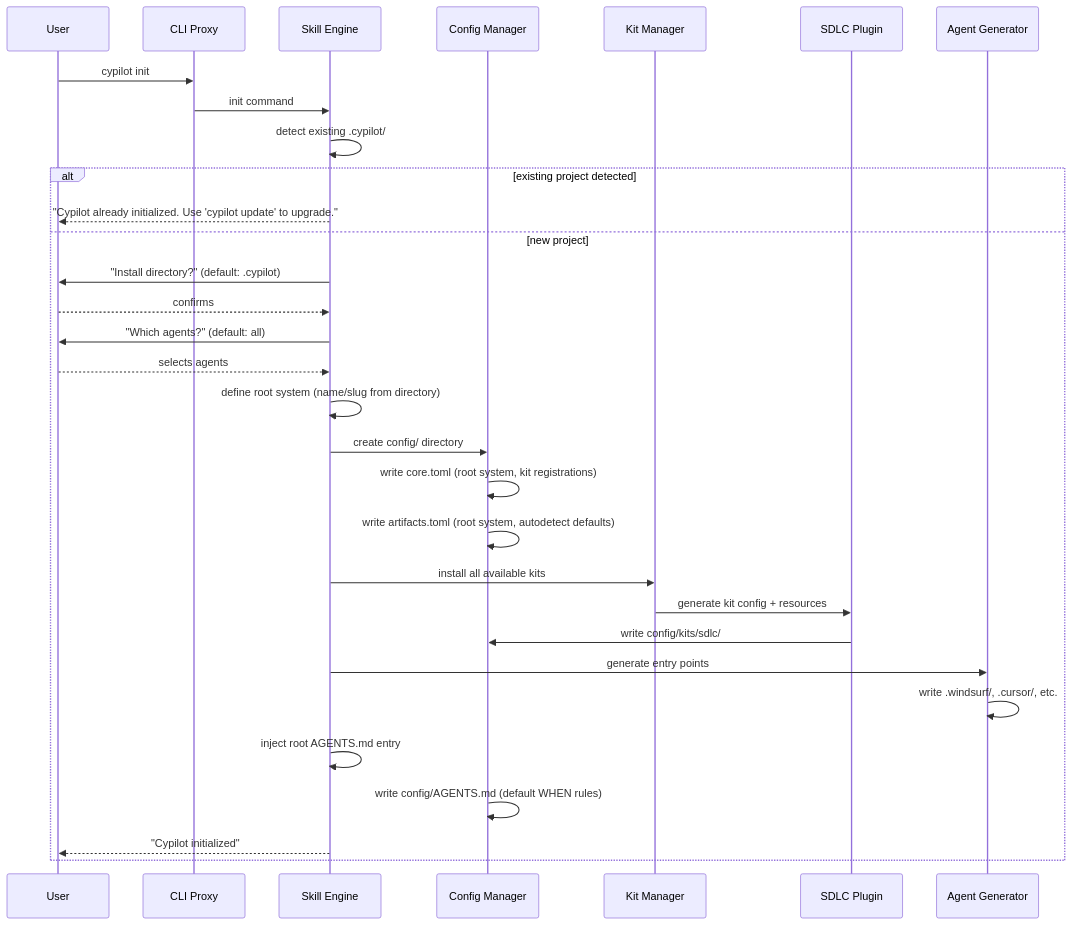
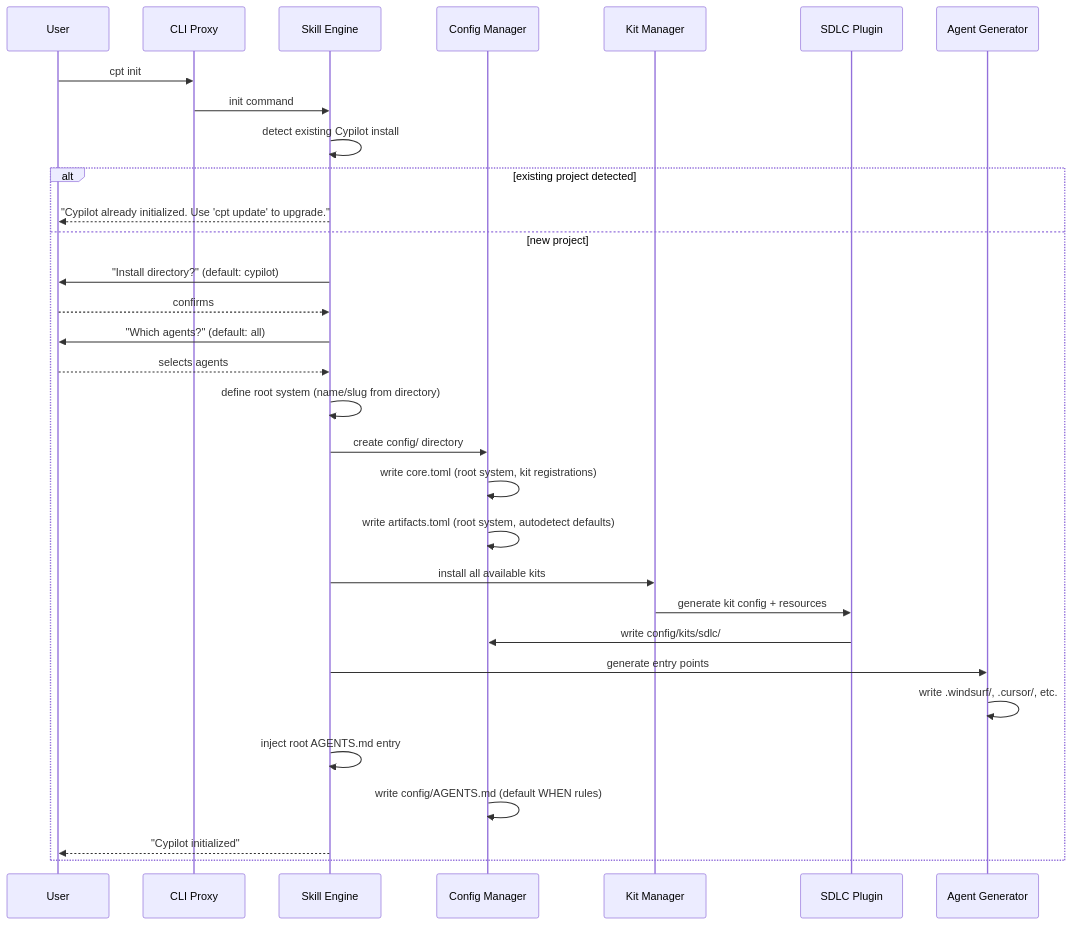
The second of 7 diagrams in .cypilot/.core/architecture/DESIGN.md (ainetx/hyperspot), drawn with Mermaid before and after one commit. The commit also changed other lines of this file and 108 other files, not shown here.

First line of the commit message:
chore: update agent entry points and expand cypilot skill descriptions

````diff
--- a/.cypilot/.core/architecture/DESIGN.md
+++ b/.cypilot/.core/architecture/DESIGN.md
@@ -929,26 +931,26 @@
 ```mermaid
 sequenceDiagram
-    User->>CLI Proxy: cypilot init
+    User->>CLI Proxy: cpt init
     CLI Proxy->>Skill Engine: init command
-    Skill Engine->>Skill Engine: detect existing .cypilot/
+    Skill Engine->>Skill Engine: detect existing Cypilot install
     alt existing project detected
-        Skill Engine-->>User: "Cypilot already initialized. Use 'cypilot update' to upgrade."
+        Skill Engine-->>User: "Cypilot already initialized. Use 'cpt update' to upgrade."
     else new project
-        Skill Engine->>User: "Install directory?" (default: .cypilot)
+        Skill Engine->>User: "Install directory?" (default: cypilot)
         User-->>Skill Engine: confirms
         Skill Engine->>User: "Which agents?" (default: all)
         User-->>Skill Engine: selects agents
         Skill Engine->>Skill Engine: define root system (name/slug from directory)
         Skill Engine->>Config Manager: create config/ directory
         Config Manager->>Config Manager: write core.toml (root system, kit registrations)
         Config Manager->>Config Manager: write artifacts.toml (root system, autodetect defaults)
         Skill Engine->>Kit Manager: install all available kits
         Kit Manager->>SDLC Plugin: generate kit config + resources
         SDLC Plugin->>Config Manager: write config/kits/sdlc/
         Skill Engine->>Agent Generator: generate entry points
         Agent Generator->>Agent Generator: write .windsurf/, .cursor/, etc.
         Skill Engine->>Skill Engine: inject root AGENTS.md entry
         Config Manager->>Config Manager: write config/AGENTS.md (default WHEN rules)
         Skill Engine-->>User: "Cypilot initialized"
     end
 ```
````
